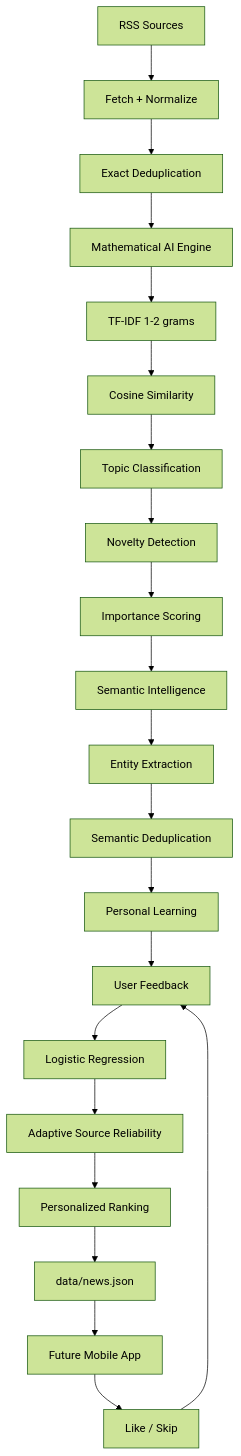
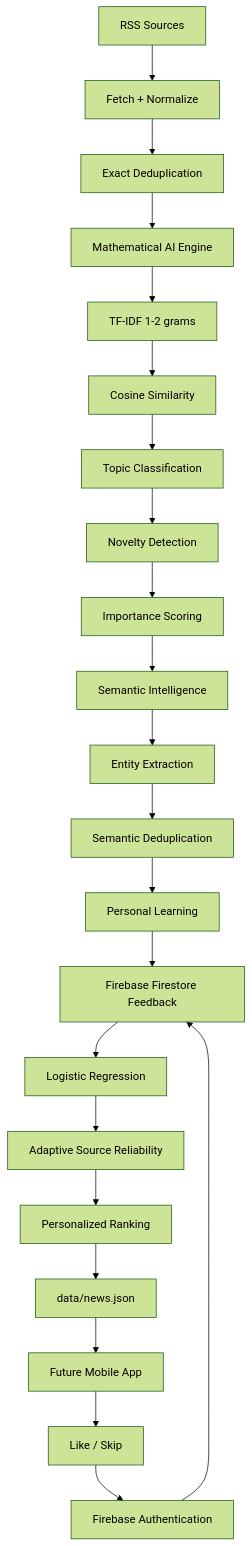
One commit to muhammedshibilm/newsbrief-ai changed the first of 2 diagrams in README.md. Above: the diagram before and after it, drawn with Mermaid (forest theme). The commit also changed other lines of this file, not shown here.

Commit message:
docs: update README with Firebase feedback pipeline

````diff
--- a/README.md
+++ b/README.md
@@ -11,28 +11,29 @@
 ```mermaid
 flowchart TD
     A[RSS Sources] --> B[Fetch + Normalize]
     B --> C[Exact Deduplication]
     C --> D[Mathematical AI Engine]
 
     D --> D1[TF-IDF 1-2 grams]
     D1 --> D2[Cosine Similarity]
     D2 --> D3[Topic Classification]
     D3 --> D4[Novelty Detection]
     D4 --> D5[Importance Scoring]
 
     D5 --> E[Semantic Intelligence]
     E --> E1[Entity Extraction]
     E1 --> E2[Semantic Deduplication]
 
     E2 --> F[Personal Learning]
-    F --> F1[User Feedback]
+    F --> F1[Firebase Firestore Feedback]
     F1 --> F2[Logistic Regression]
     F2 --> F3[Adaptive Source Reliability]
 
     F3 --> G[Personalized Ranking]
     G --> H[data/news.json]
     H --> I[Future Mobile App]
 
     I --> J[Like / Skip]
-    J --> F1
+    J --> K[Firebase Authentication]
+    K --> F1
 ```
````
